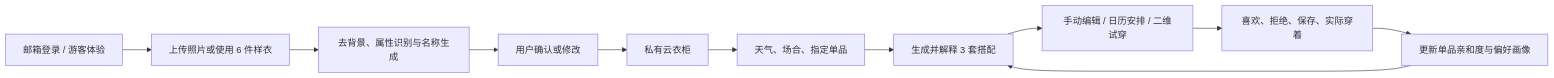
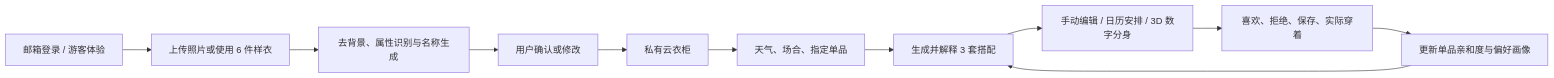
Before and after one commit to XinyuGao888/muse-closet-ai: the first of 2 diagrams in README.md, drawn with Mermaid. The commit also changed other lines of this file and 14 other files, not shown here.

````diff
--- a/README.md
+++ b/README.md
@@ -35,13 +35,13 @@
 ```mermaid
 flowchart LR
   A["邮箱登录 / 游客体验"] --> B["上传照片或使用 6 件样衣"]
   B --> C["去背景、属性识别与名称生成"]
   C --> D["用户确认或修改"]
   D --> E["私有云衣柜"]
   E --> F["天气、场合、指定单品"]
   F --> G["生成并解释 3 套搭配"]
-  G --> H["手动编辑 / 日历安排 / 二维试穿"]
+  G --> H["手动编辑 / 日历安排 / 3D 数字分身"]
   H --> I["喜欢、拒绝、保存、实际穿着"]
   I --> J["更新单品亲和度与偏好画像"]
   J --> G
 ```
````
